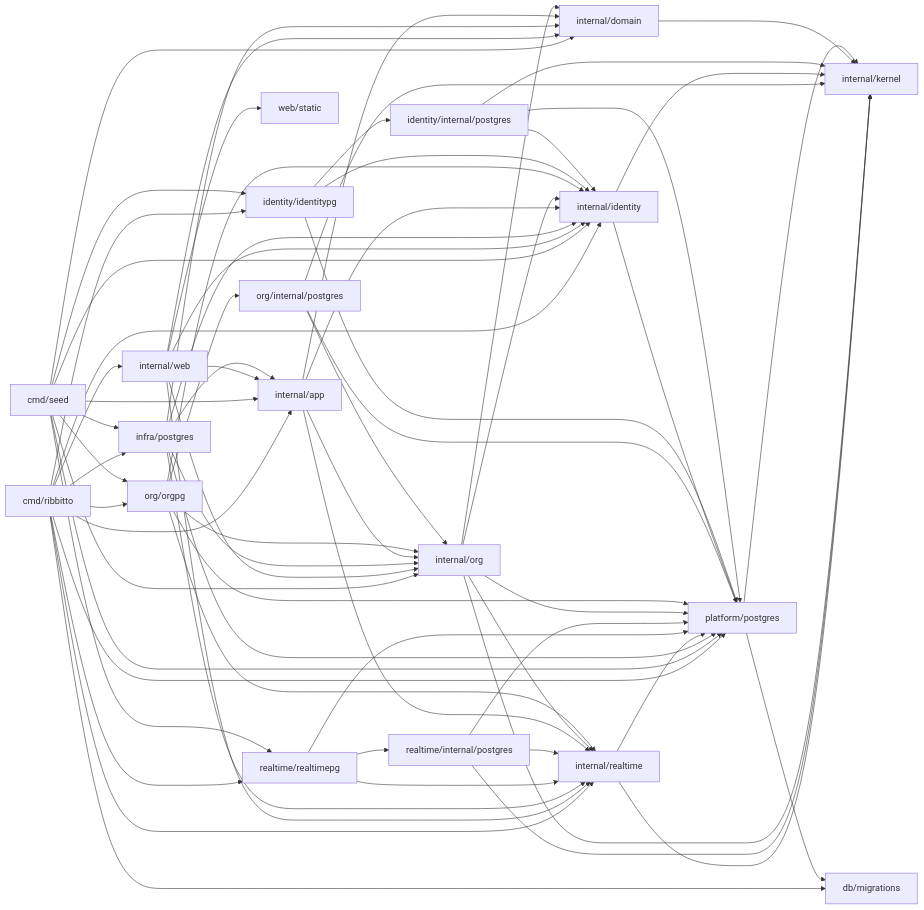
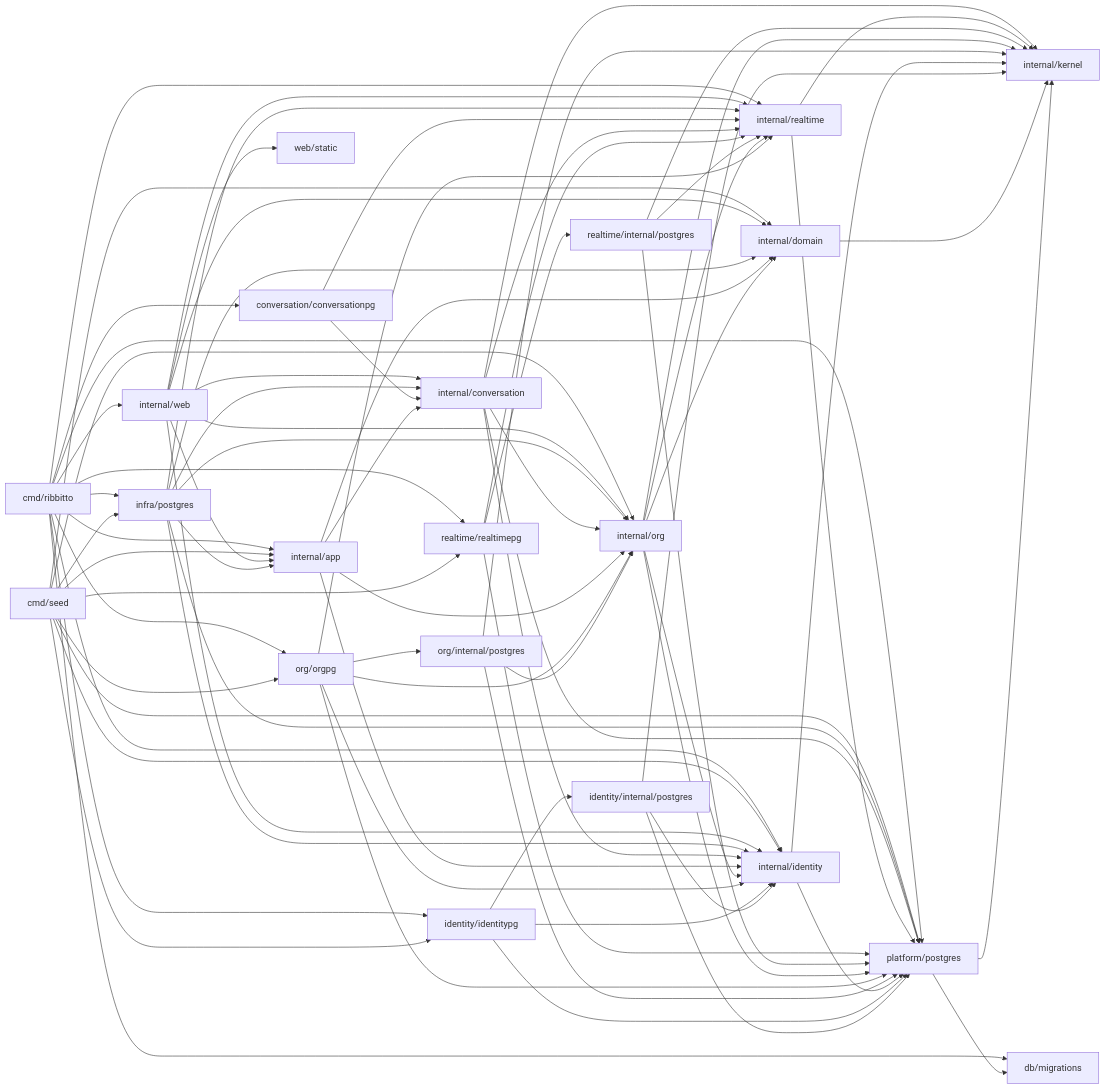
One commit to tkakkie/ribbitto changed the diagram in docs/architecture/packages.md. Above: the diagram before and after it, drawn with Mermaid. The commit also changed other lines of this file and 30 other files, not shown here.

````diff
--- a/docs/architecture/packages.md
+++ b/docs/architecture/packages.md
@@ -66,19 +67,21 @@
 ```mermaid
 flowchart LR
-  cmd[cmd/ribbitto] --> web & app & orgpg[org/orgpg] & identity & identitypg[identity/identitypg] & realtimepg & postgres[infra/postgres] & realtime & platform[platform/postgres] & migrations[db/migrations]
+  cmd[cmd/ribbitto] --> web & app & orgpg[org/orgpg] & conversationpg[conversation/conversationpg] & identity & identitypg[identity/identitypg] & realtimepg & postgres[infra/postgres] & realtime & platform[platform/postgres] & migrations[db/migrations]
   seed[cmd/seed] --> app & org & orgpg & identity & identitypg & realtimepg & postgres & platform & domain
-  web[internal/web] --> app & org & identity & domain & realtime & static[web/static]
-  postgres --> app & org & identity & domain & platform & realtime
+  web[internal/web] --> app & org & conversation & identity & domain & realtime & static[web/static]
+  postgres --> app & org & conversation & identity & domain & platform & realtime
+  conversationpg --> conversation[internal/conversation] & realtime
+  conversation --> identity & org & realtime & kernel & platform
   realtime[internal/realtime] --> kernel & platform
   realtimepg[realtime/realtimepg] --> realtime & rstore[realtime/internal/postgres] & platform
   rstore --> realtime & platform & kernel
-  app[internal/app] --> org & identity & realtime & domain[internal/domain]
+  app[internal/app] --> org & conversation & identity & domain[internal/domain]
   org[internal/org] --> identity & realtime & domain & kernel & platform
   orgpg --> org & ostore[org/internal/postgres] & platform & identity & realtime
   ostore --> org & platform & kernel
   identity[internal/identity] --> kernel & platform
   identitypg --> identity & store[identity/internal/postgres] & platform
   store --> identity & platform & kernel
   domain --> kernel[internal/kernel]
   platform --> kernel & migrations
 ```
````
